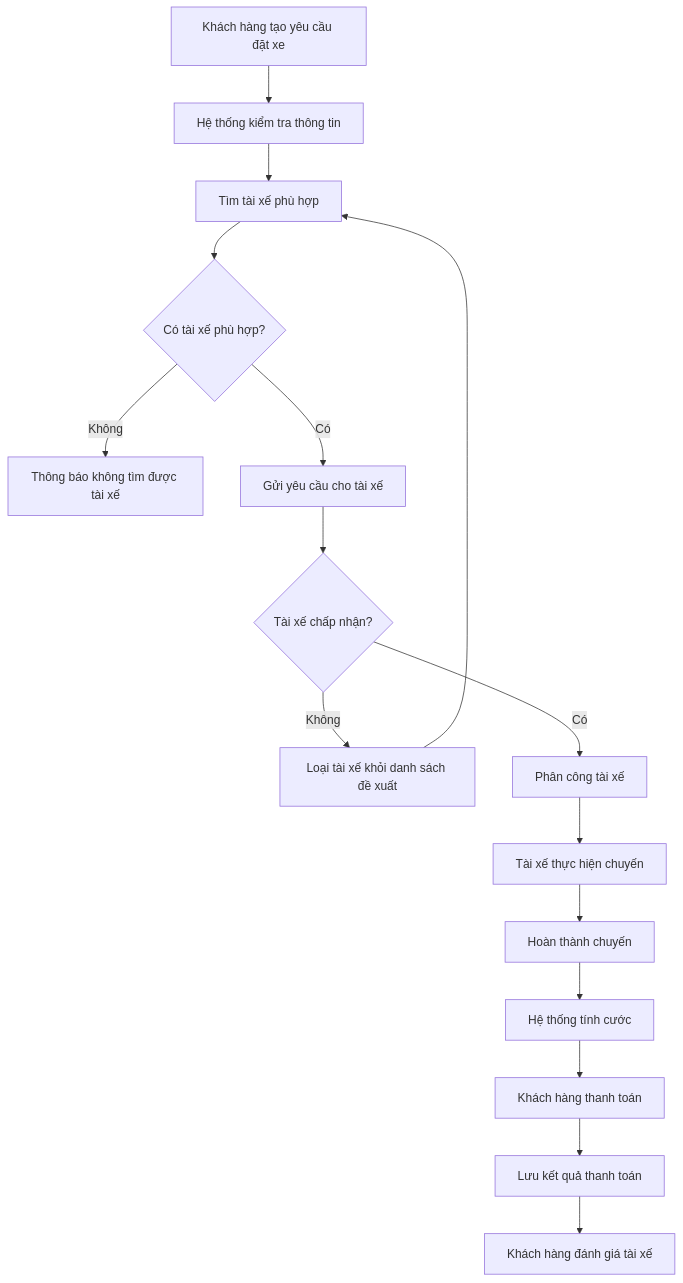
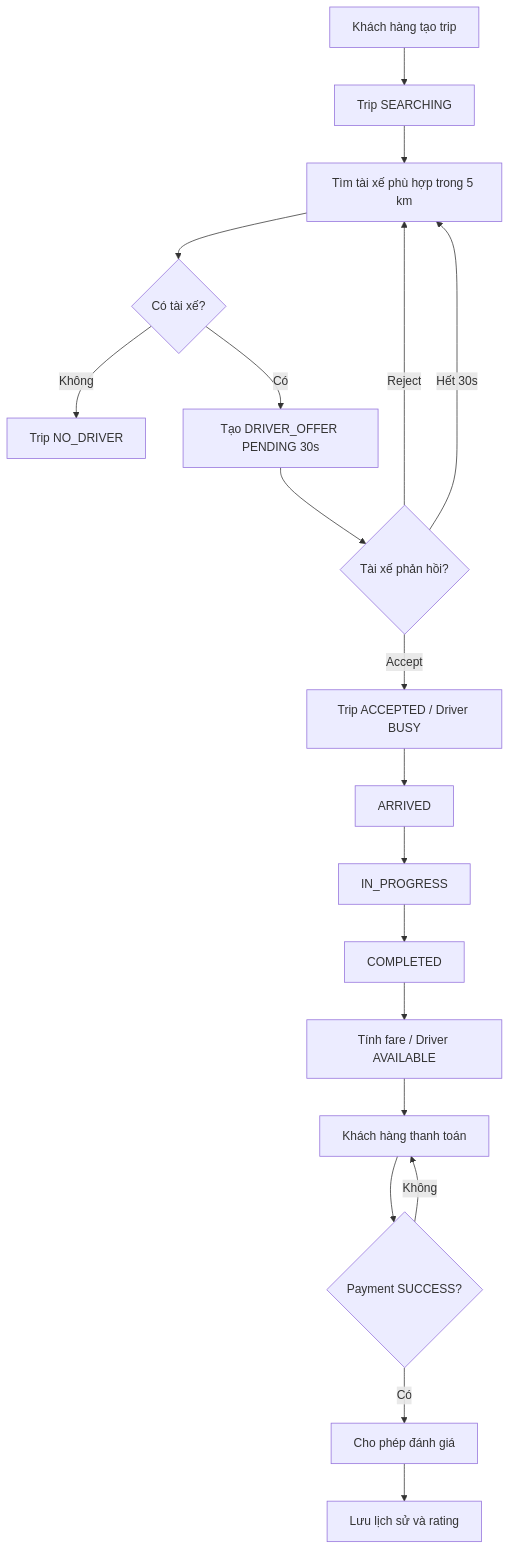
Before and after one commit to lybaonghi1912/23685131_LyBaoNghi_CABSYSTEM: the second of 4 diagrams in srs.md, drawn with Mermaid. The commit also changed other lines of this file, not shown here.

````diff
--- a/srs.md
+++ b/srs.md
@@ -382,21 +344,21 @@
 ```mermaid
 flowchart TD
-    A[Khách hàng tạo yêu cầu đặt xe] --> B[Hệ thống kiểm tra thông tin]
-    B --> C[Tìm tài xế phù hợp]
-    C --> D{Có tài xế phù hợp?}
-
-    D -- Không --> E[Thông báo không tìm được tài xế]
-    D -- Có --> F[Gửi yêu cầu cho tài xế]
-    F --> G{Tài xế chấp nhận?}
-
-    G -- Không --> H[Loại tài xế khỏi danh sách đề xuất]
-    H --> C
-
-    G -- Có --> I[Phân công tài xế]
-    I --> J[Tài xế thực hiện chuyến]
-    J --> K[Hoàn thành chuyến]
-    K --> L[Hệ thống tính cước]
+    A[Khách hàng tạo trip] --> B[Trip SEARCHING]
+    B --> C[Tìm tài xế phù hợp trong 5 km]
+    C --> D{Có tài xế?}
+    D -- Không --> E[Trip NO_DRIVER]
+    D -- Có --> F[Tạo DRIVER_OFFER PENDING 30s]
+    F --> G{Tài xế phản hồi?}
+    G -- Reject --> C
+    G -- Hết 30s --> C
+    G -- Accept --> H[Trip ACCEPTED / Driver BUSY]
+    H --> I[ARRIVED]
+    I --> J[IN_PROGRESS]
+    J --> K[COMPLETED]
+    K --> L[Tính fare / Driver AVAILABLE]
     L --> M[Khách hàng thanh toán]
-    M --> N[Lưu kết quả thanh toán]
-    N --> O[Khách hàng đánh giá tài xế]
+    M --> N{Payment SUCCESS?}
+    N -- Không --> M
+    N -- Có --> O[Cho phép đánh giá]
+    O --> P[Lưu lịch sử và rating]
 ```
````
